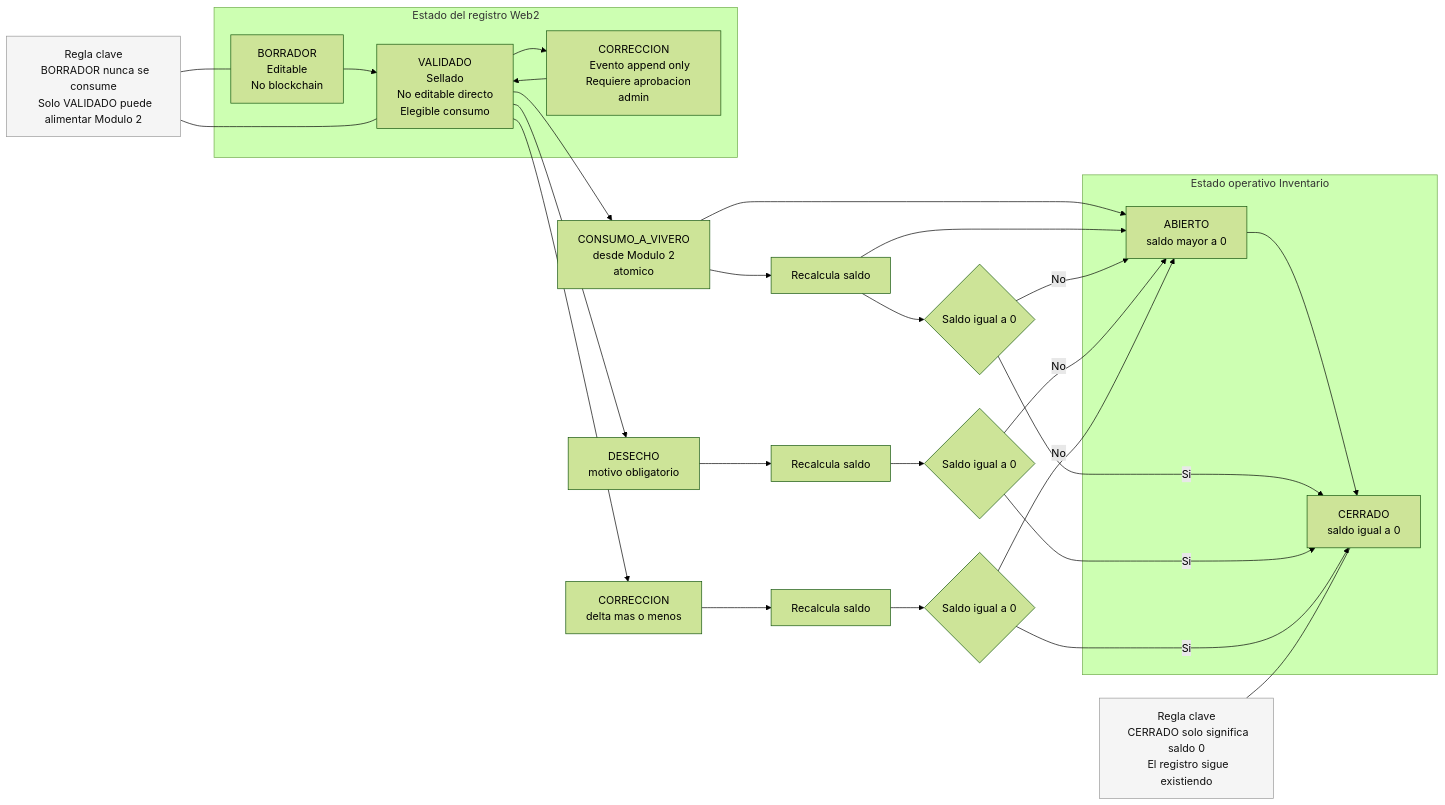
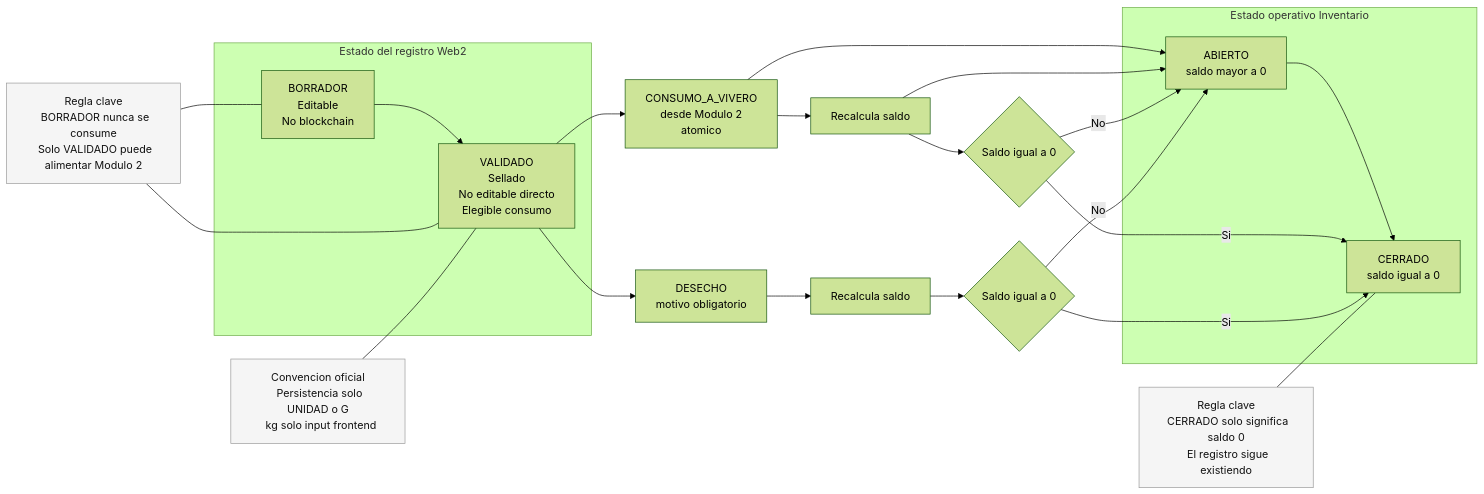
Before and after one commit to R3foresta/r3foresta-docs: the fourth of 4 diagrams in recoleccion-module/03_procesos_diagrama.md, drawn with Mermaid (forest theme). The commit also changed other lines of this file and 8 other files, not shown here.

````diff
--- a/recoleccion-module/03_procesos_diagrama.md
+++ b/recoleccion-module/03_procesos_diagrama.md
@@ -242,64 +202,59 @@
 ```mermaid id="maquina_estados_m1"
 flowchart LR
   %% =========================
   %% DIMENSION 1: ESTADO DEL REGISTRO (WEB2)
   %% =========================
   subgraph R[Estado del registro Web2]
     r0[BORRADOR
     Editable
     No blockchain] --> r1[VALIDADO
     Sellado
     No editable directo
     Elegible consumo]
-    r1 --> r1c[CORRECCION
-    Evento append only
-    Requiere aprobacion admin]
-    r1c --> r1
   end
 
   %% =========================
   %% DIMENSION 2: ESTADO OPERATIVO (INVENTARIO)
   %% =========================
   subgraph O[Estado operativo Inventario]
     o0[ABIERTO
     saldo mayor a 0] --> o1[CERRADO
     saldo igual a 0]
   end
 
   %% =========================
   %% TRANSICIONES QUE AFECTAN INVENTARIO (EVENTOS)
   %% =========================
   r1 --> c1[CONSUMO_A_VIVERO
   desde Modulo 2
   atomico] --> o0
   c1 --> t1[Recalcula saldo] --> o0
   t1 --> z1{Saldo igual a 0}
   z1 -- Si --> o1
   z1 -- No --> o0
 
   r1 --> d1[DESECHO
   motivo obligatorio] --> t2[Recalcula saldo] --> z2{Saldo igual a 0}
   z2 -- Si --> o1
   z2 -- No --> o0
 
-  r1 --> k1[CORRECCION
-  delta mas o menos] --> t3[Recalcula saldo] --> z3{Saldo igual a 0}
-  z3 -- Si --> o1
-  z3 -- No --> o0
-
   %% =========================
   %% REGLAS CLAVE
   %% =========================
   note1[Regla clave
   BORRADOR nunca se consume
   Solo VALIDADO puede alimentar Modulo 2]:::note
   note2[Regla clave
   CERRADO solo significa saldo 0
   El registro sigue existiendo]:::note
+  note3[Convencion oficial
+  Persistencia solo UNIDAD o G
+  kg solo input frontend]:::note
 
   note1 --- r0
   note1 --- r1
   note2 --- o1
+  note3 --- r1
 
   classDef note fill:#f5f5f5,stroke:#999,stroke-width:1px,color:#111;
 ```
````
